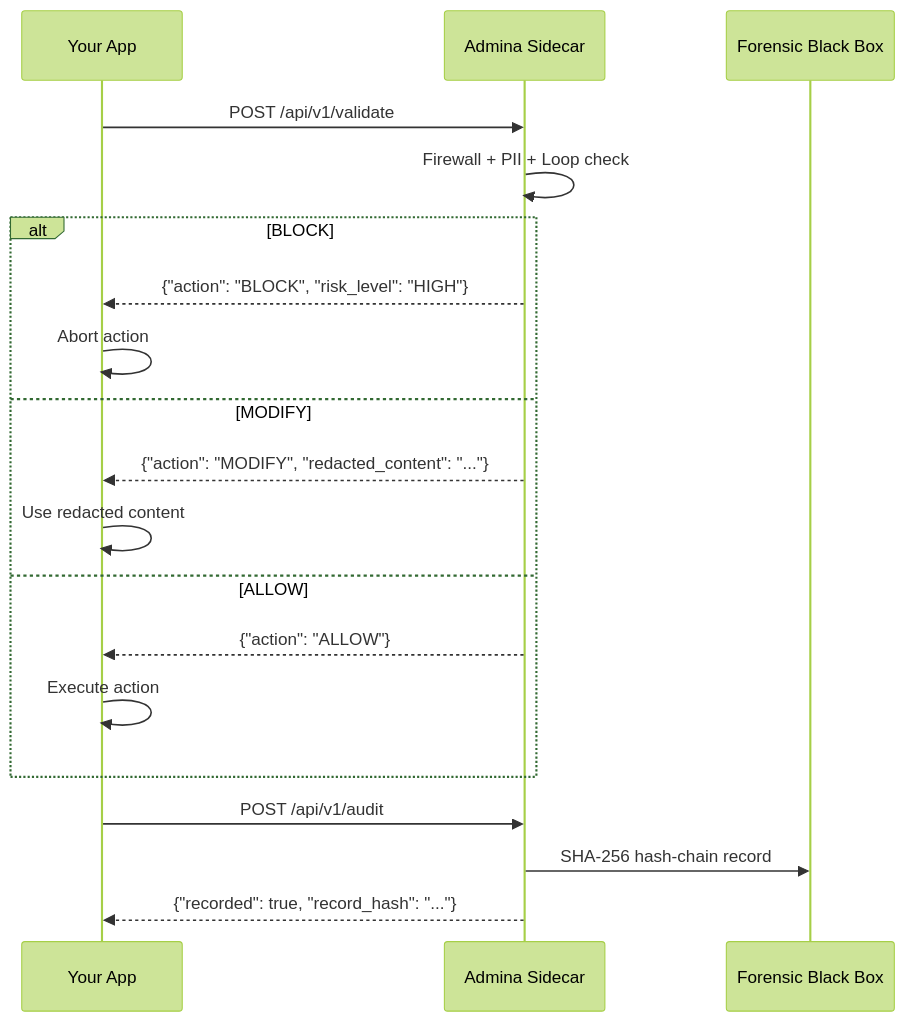
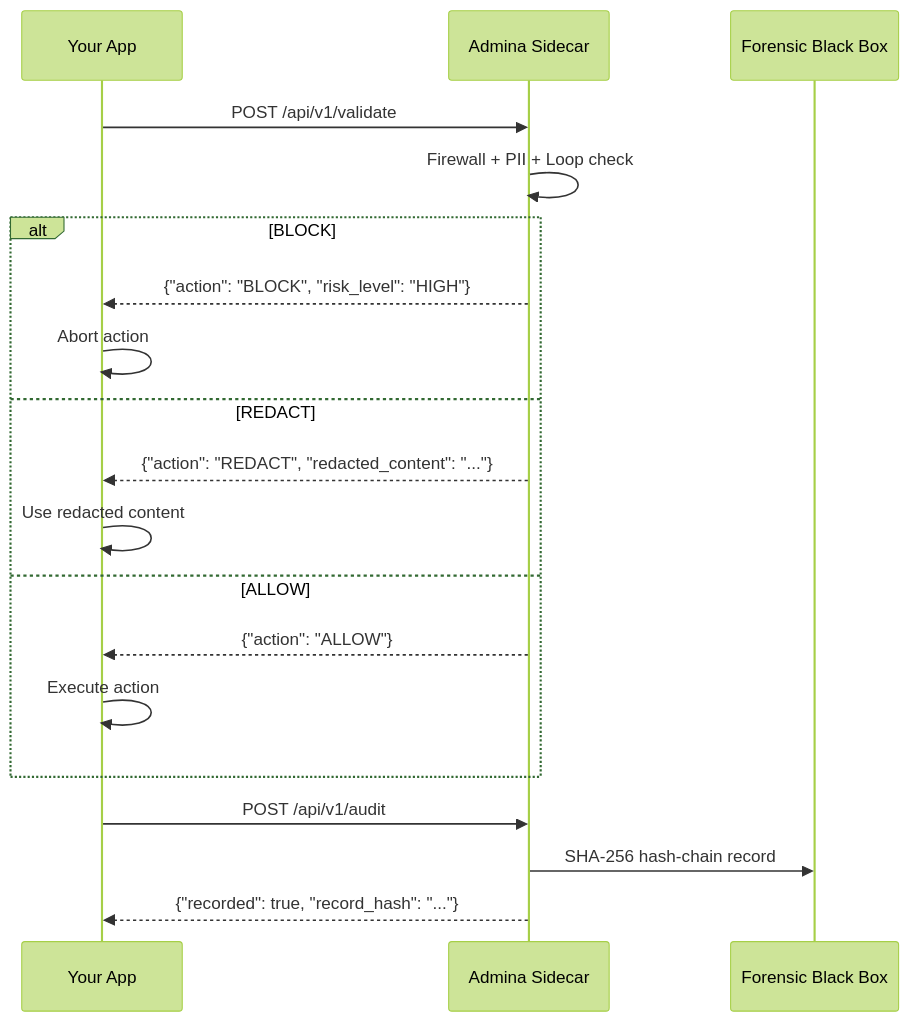
One commit to admina-org/admina changed the first of 3 diagrams in docs/guides/integrations.md. Above: the diagram before and after it, drawn with Mermaid (forest theme). The commit also changed other lines of this file and 1 other file, not shown here.

Commit message:
docs(integrations): REDACT action in guide and traffic simulator
Update the integration guide's sequence diagram and response schema, and
the simulate.py counter/summary keys, from MODIFY to REDACT.

````diff
--- a/docs/guides/integrations.md
+++ b/docs/guides/integrations.md
@@ -11,23 +11,23 @@
 ```mermaid
 sequenceDiagram
     participant App as Your App
     participant A as Admina Sidecar
     participant FB as Forensic Black Box
 
     App->>A: POST /api/v1/validate
     A->>A: Firewall + PII + Loop check
     alt BLOCK
         A-->>App: {"action": "BLOCK", "risk_level": "HIGH"}
         App->>App: Abort action
-    else MODIFY
-        A-->>App: {"action": "MODIFY", "redacted_content": "..."}
+    else REDACT
+        A-->>App: {"action": "REDACT", "redacted_content": "..."}
         App->>App: Use redacted content
     else ALLOW
         A-->>App: {"action": "ALLOW"}
         App->>App: Execute action
     end
 
     App->>A: POST /api/v1/audit
     A->>FB: SHA-256 hash-chain record
     A-->>App: {"recorded": true, "record_hash": "..."}
 ```
````
